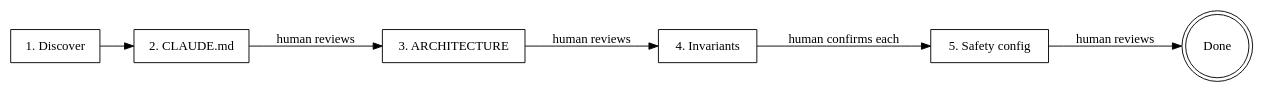
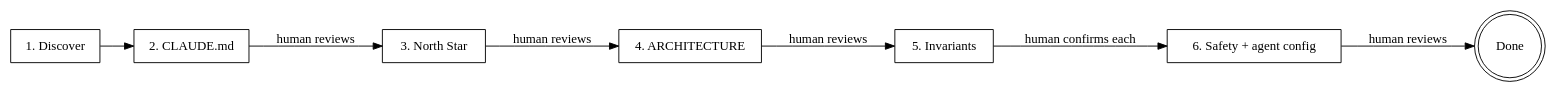
The diagram in .claude/skills/keel-adopt/SKILL.md (TejGandham/parchmark), drawn with Graphviz before and after one commit. The commit also changed other lines of this file and 5 other files, not shown here.

````diff
--- a/.claude/skills/keel-adopt/SKILL.md
+++ b/.claude/skills/keel-adopt/SKILL.md
@@ -28,17 +28,19 @@
 ```dot
 digraph adopt {
   rankdir=LR;
   discover [label="1. Discover" shape=box];
   claude_md [label="2. CLAUDE.md" shape=box];
-  arch [label="3. ARCHITECTURE" shape=box];
-  invariants [label="4. Invariants" shape=box];
-  safety [label="5. Safety config" shape=box];
+  northstar [label="3. North Star" shape=box];
+  arch [label="4. ARCHITECTURE" shape=box];
+  invariants [label="5. Invariants" shape=box];
+  safety [label="6. Safety + agent config" shape=box];
   done [label="Done" shape=doublecircle];
 
   discover -> claude_md;
-  claude_md -> arch [label="human reviews"];
+  claude_md -> northstar [label="human reviews"];
+  northstar -> arch [label="human reviews"];
   arch -> invariants [label="human reviews"];
   invariants -> safety [label="human confirms each"];
   safety -> done [label="human reviews"];
 }
 ```
````
